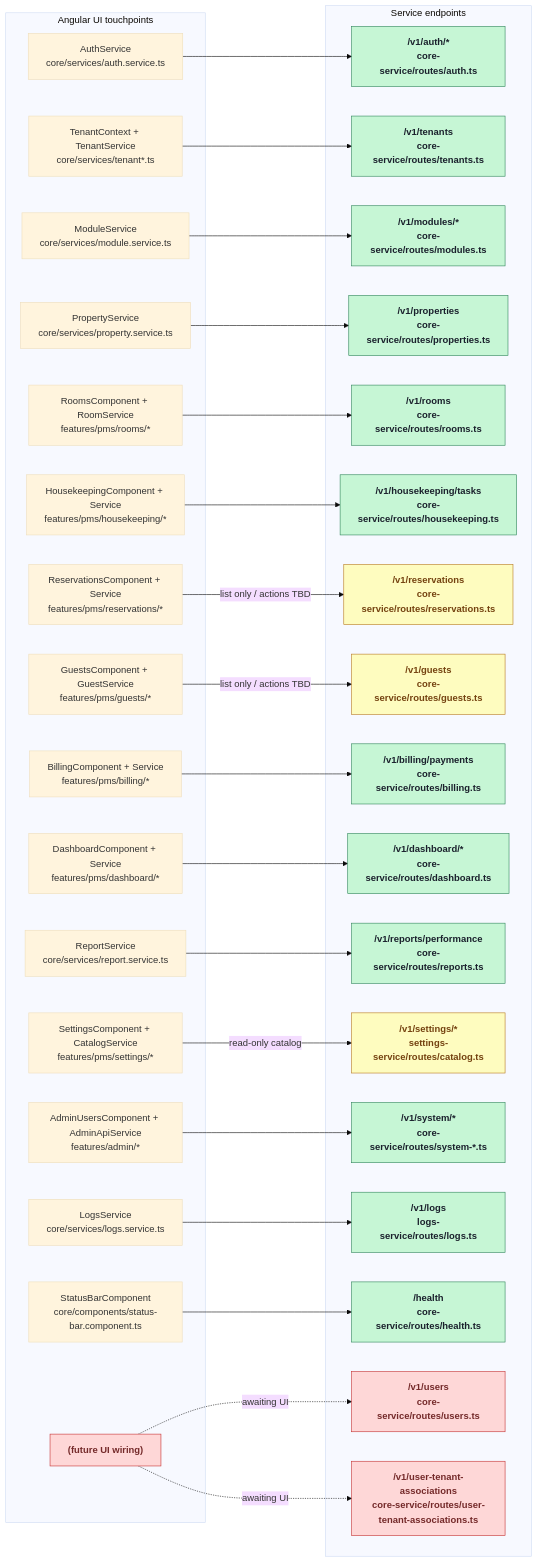
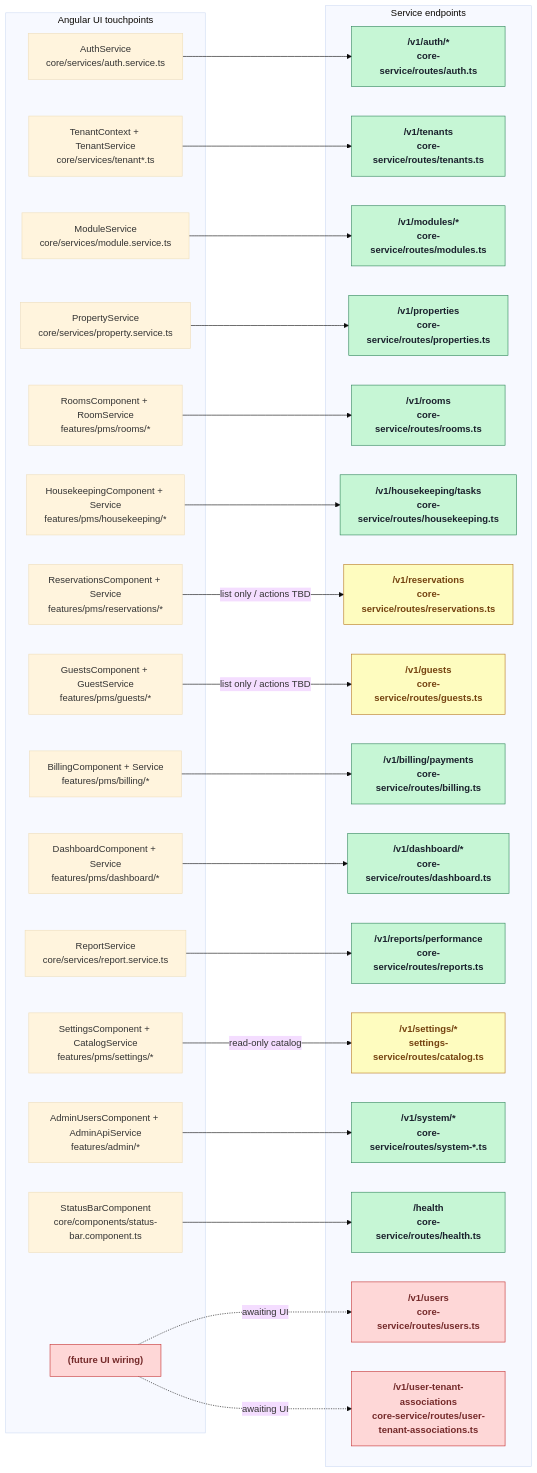
The diagram in Apps/tartware-ui/docs/ui-api-wiring.md (red2n/tartware), drawn with Mermaid (base theme) before and after one commit. The commit also changed other lines of this file and 26 other files, not shown here.

First line of the commit message:
refactor: remove logs service and related components

````diff
--- a/Apps/tartware-ui/docs/ui-api-wiring.md
+++ b/Apps/tartware-ui/docs/ui-api-wiring.md
@@ -11,67 +11,64 @@
 ```mermaid
 flowchart LR
     subgraph UI["Angular UI touchpoints"]
         AuthUI["AuthService\ncore/services/auth.service.ts"]
         TenantUI["TenantContext + TenantService\ncore/services/tenant*.ts"]
         ModuleUI["ModuleService\ncore/services/module.service.ts"]
         PropertyUI["PropertyService\ncore/services/property.service.ts"]
         RoomUI["RoomsComponent + RoomService\nfeatures/pms/rooms/*"]
         HousekeepingUI["HousekeepingComponent + Service\nfeatures/pms/housekeeping/*"]
         ReservationsUI["ReservationsComponent + Service\nfeatures/pms/reservations/*"]
         GuestsUI["GuestsComponent + GuestService\nfeatures/pms/guests/*"]
         BillingUI["BillingComponent + Service\nfeatures/pms/billing/*"]
         DashboardUI["DashboardComponent + Service\nfeatures/pms/dashboard/*"]
         ReportsUI["ReportService\ncore/services/report.service.ts"]
         SettingsUI["SettingsComponent + CatalogService\nfeatures/pms/settings/*"]
         AdminUI["AdminUsersComponent + AdminApiService\nfeatures/admin/*"]
-        LogsUI["LogsService\ncore/services/logs.service.ts"]
         StatusUI["StatusBarComponent\ncore/components/status-bar.component.ts"]
         Backlog["(future UI wiring)"]
     end
 
     subgraph API["Service endpoints"]
         AuthAPI["/v1/auth/*\ncore-service/routes/auth.ts"]
         TenantAPI["/v1/tenants\ncore-service/routes/tenants.ts"]
         ModuleAPI["/v1/modules/*\ncore-service/routes/modules.ts"]
         PropertyAPI["/v1/properties\ncore-service/routes/properties.ts"]
         RoomAPI["/v1/rooms\ncore-service/routes/rooms.ts"]
         HousekeepingAPI["/v1/housekeeping/tasks\ncore-service/routes/housekeeping.ts"]
         ReservationsAPI["/v1/reservations\ncore-service/routes/reservations.ts"]
         GuestsAPI["/v1/guests\ncore-service/routes/guests.ts"]
         BillingAPI["/v1/billing/payments\ncore-service/routes/billing.ts"]
         DashboardAPI["/v1/dashboard/*\ncore-service/routes/dashboard.ts"]
         ReportsAPI["/v1/reports/performance\ncore-service/routes/reports.ts"]
         SettingsAPI["/v1/settings/*\nsettings-service/routes/catalog.ts"]
         AdminAPI["/v1/system/*\ncore-service/routes/system-*.ts"]
-        LogsAPI["/v1/logs\nlogs-service/routes/logs.ts"]
         HealthAPI["/health\ncore-service/routes/health.ts"]
         UsersAPI["/v1/users\ncore-service/routes/users.ts"]
         AssocAPI["/v1/user-tenant-associations\ncore-service/routes/user-tenant-associations.ts"]
     end
 
     AuthUI --> AuthAPI
     TenantUI --> TenantAPI
     ModuleUI --> ModuleAPI
     PropertyUI --> PropertyAPI
     RoomUI --> RoomAPI
     HousekeepingUI --> HousekeepingAPI
     ReservationsUI -->|"list only / actions TBD"| ReservationsAPI
     GuestsUI -->|"list only / actions TBD"| GuestsAPI
     BillingUI --> BillingAPI
     DashboardUI --> DashboardAPI
     ReportsUI --> ReportsAPI
     SettingsUI -->|"read-only catalog"| SettingsAPI
     AdminUI --> AdminAPI
-    LogsUI --> LogsAPI
     StatusUI --> HealthAPI
     Backlog -. "awaiting UI" .-> UsersAPI
     Backlog -. "awaiting UI" .-> AssocAPI
 
     classDef wired fill:#c6f6d5,stroke:#2f855a,color:#1a202c,font-weight:bold;
     classDef partial fill:#fefcbf,stroke:#b7791f,color:#744210,font-weight:bold;
     classDef missing fill:#fed7d7,stroke:#c53030,color:#742a2a,font-weight:bold;
 
-    class AuthAPI,TenantAPI,ModuleAPI,PropertyAPI,RoomAPI,HousekeepingAPI,BillingAPI,DashboardAPI,ReportsAPI,AdminAPI,LogsAPI,HealthAPI wired;
+    class AuthAPI,TenantAPI,ModuleAPI,PropertyAPI,RoomAPI,HousekeepingAPI,BillingAPI,DashboardAPI,ReportsAPI,AdminAPI,HealthAPI wired;
     class ReservationsAPI,GuestsAPI,SettingsAPI partial;
     class UsersAPI,AssocAPI,Backlog missing;
 ```
````
